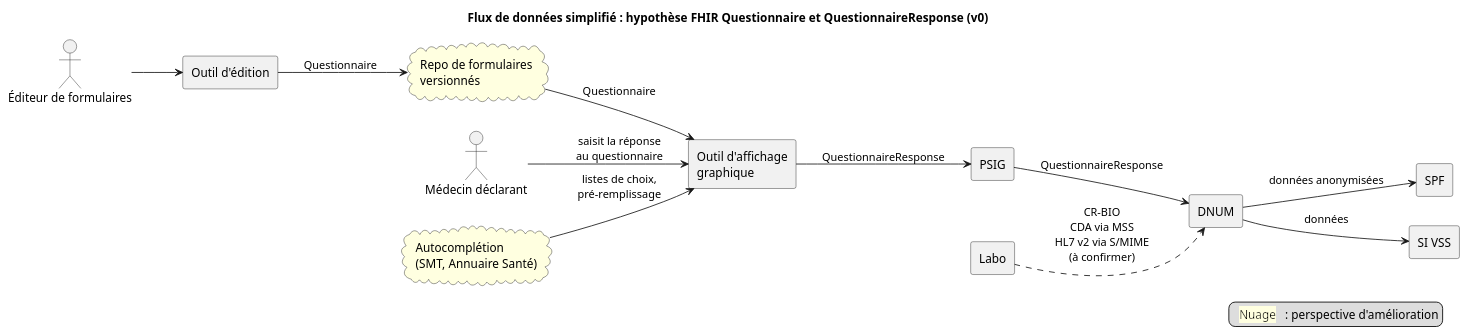
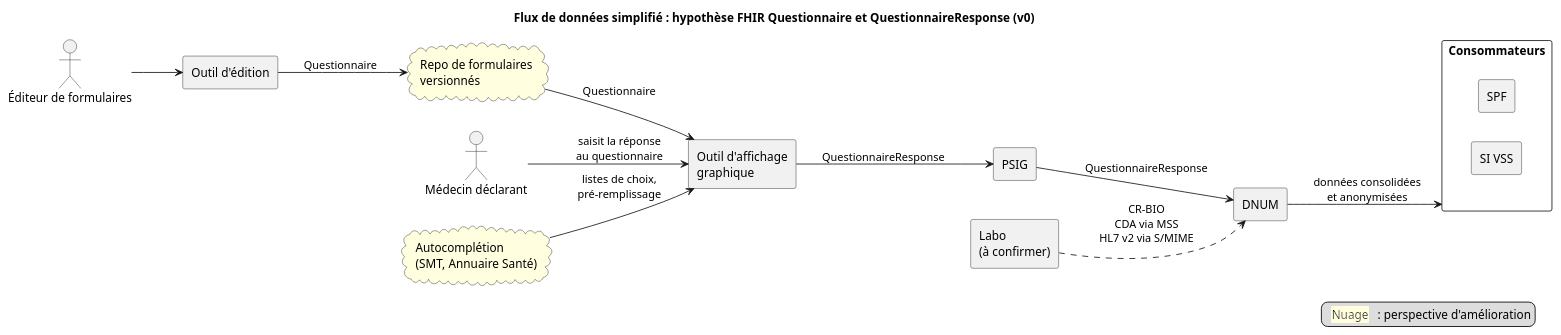
Before and after one commit to nriss/ig-test-dmso: the diagram in input/images-source/architecture-flux-donnees-simplifie.plantuml, drawn with PlantUML.

Commit message:
Architecture : schéma simplifié, flèche unique vers les consommateurs (SPF, SI VSS)

```diff
--- a/input/images-source/architecture-flux-donnees-simplifie.plantuml
+++ b/input/images-source/architecture-flux-donnees-simplifie.plantuml
@@ -1,34 +1,35 @@
 @startuml
 ' Version 0 - à améliorer
 title Flux de données simplifié : hypothèse FHIR Questionnaire et QuestionnaireResponse (v0)
 
 left to right direction
 
 actor "Éditeur de formulaires" as ED
 actor "Médecin déclarant" as PS
 
 rectangle "Outil d'édition" as FD
 cloud "Repo de formulaires\nversionnés" as FM #LightYellow
 rectangle "Outil d'affichage\ngraphique" as FF
 cloud "Autocomplétion\n(SMT, Annuaire Santé)" as AC #LightYellow
 rectangle "PSIG" as PSIG
 rectangle "DNUM" as DNUM
-rectangle "Labo" as DMP
-rectangle "SPF" as SPF
-rectangle "SI VSS" as VSS
+rectangle "Labo\n(à confirmer)" as DMP
+rectangle "Consommateurs" as DEST {
+  rectangle "SPF" as SPF
+  rectangle "SI VSS" as VSS
+}
 
 ED --> FD
 FD --> FM : Questionnaire
 FM --> FF : Questionnaire
 AC --> FF : listes de choix,\npré-remplissage
 PS --> FF : saisit la réponse\nau questionnaire
 FF --> PSIG : QuestionnaireResponse
 PSIG --> DNUM : QuestionnaireResponse
-DMP ..> DNUM : CR-BIO\nCDA via MSS\nHL7 v2 via S/MIME\n(à confirmer)
-DNUM --> SPF : données anonymisées
-DNUM --> VSS : données
+DMP ..> DNUM : CR-BIO\nCDA via MSS\nHL7 v2 via S/MIME
+DNUM --> DEST : données consolidées\net anonymisées
 
 legend right
   <back:LightYellow>  Nuage  </back> : perspective d'amélioration
 endlegend
 @enduml
```
